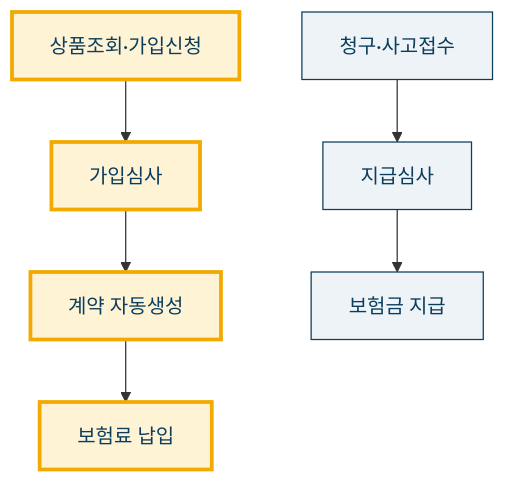
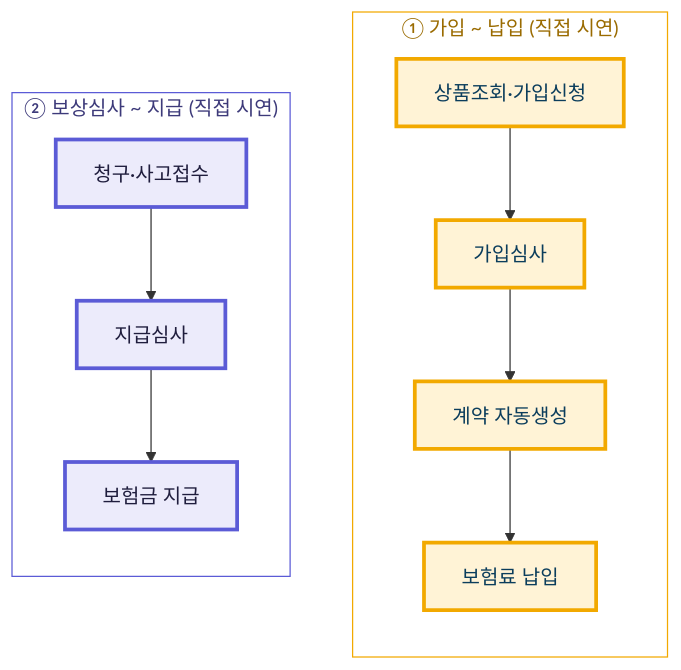
Before and after one commit to heyoonyoon/distributed-programming: the diagram in docs/presentation/diagrams/uc-map.mmd, drawn with Mermaid. The commit also changed 3 other files, not shown here.

```diff
--- a/docs/presentation/diagrams/uc-map.mmd
+++ b/docs/presentation/diagrams/uc-map.mmd
@@ -1,13 +1,20 @@
 flowchart TB
-  a1["상품조회·가입신청"]:::demo
-  a3["청구·사고접수"]
-  a2["보험료 납입"]:::demo
-  b1["가입심사"]:::demo
-  b2["지급심사"]
-  c1["계약 자동생성"]:::demo
-  c2["보험금 지급"]
-  a1 --> b1 --> c1 --> a2
-  a3 --> b2 --> c2
-  classDef demo fill:#fff3d6,stroke:#f2a900,stroke-width:3px,color:#0b3d5c;
-  classDef norm fill:#eef3f7,stroke:#0b3d5c,color:#0b3d5c;
-  class a3,b2,c2 norm;
+  subgraph S1["① 가입 ~ 납입  (직접 시연)"]
+    direction TB
+    a1["상품조회·가입신청"]:::demo1
+    b1["가입심사"]:::demo1
+    c1["계약 자동생성"]:::demo1
+    a2["보험료 납입"]:::demo1
+    a1 --> b1 --> c1 --> a2
+  end
+  subgraph S2["② 보상심사 ~ 지급  (직접 시연)"]
+    direction TB
+    a3["청구·사고접수"]:::demo2
+    b2["지급심사"]:::demo2
+    c2["보험금 지급"]:::demo2
+    a3 --> b2 --> c2
+  end
+  classDef demo1 fill:#fff3d6,stroke:#f2a900,stroke-width:3px,color:#0b3d5c;
+  classDef demo2 fill:#ecebfb,stroke:#5b5bd6,stroke-width:3px,color:#1f1d3d;
+  style S1 fill:#ffffff,stroke:#f2a900,stroke-width:1px,color:#9a6b00;
+  style S2 fill:#ffffff,stroke:#5b5bd6,stroke-width:1px,color:#3d3a7a;
```
